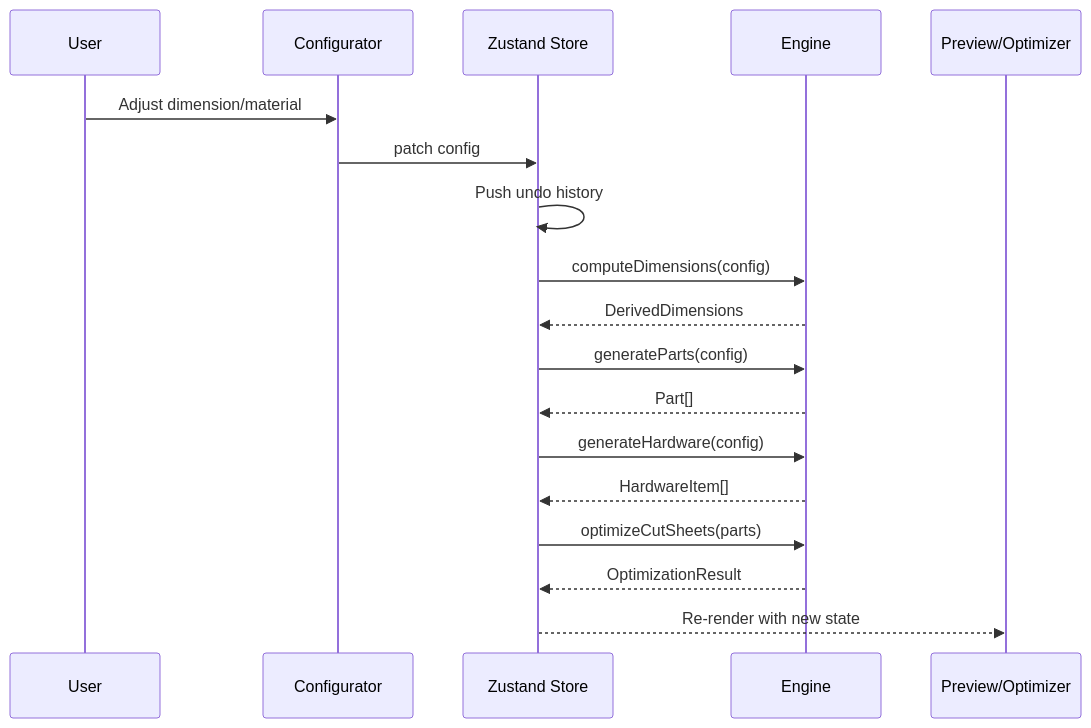
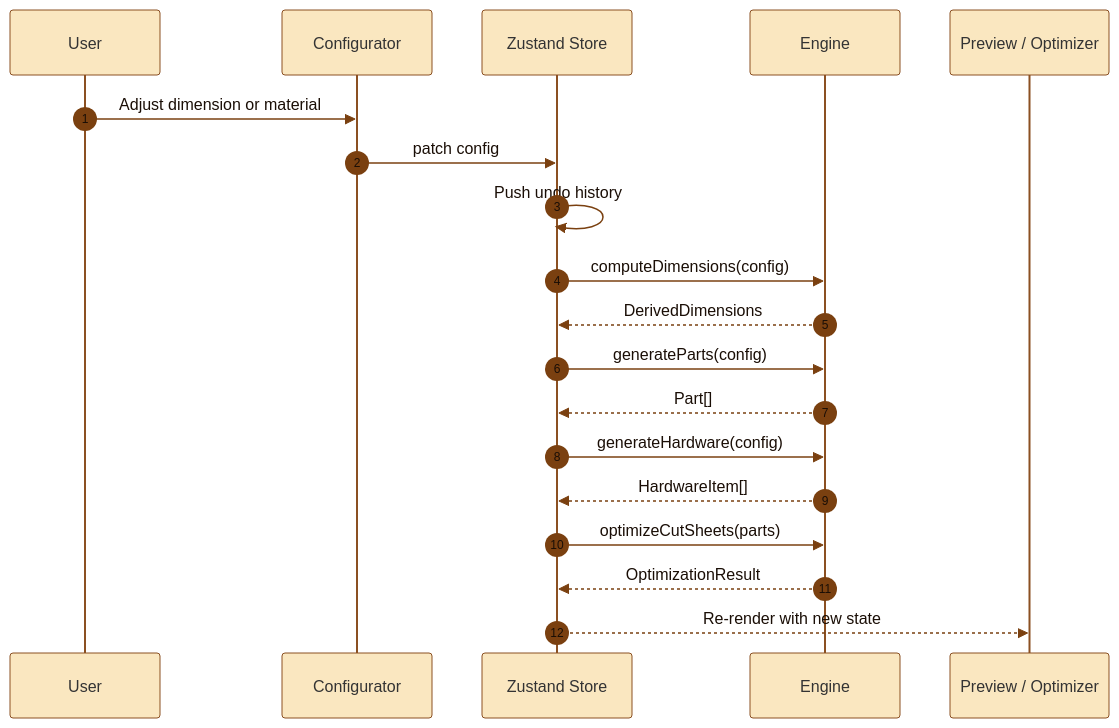
One commit to RajwanYair/WoodworkingShop changed the third of 5 diagrams in docs/ARCHITECTURE.md. Above: the diagram before and after it, drawn with Mermaid. The commit also changed other lines of this file and 5 other files, not shown here.

Commit message:
chore(sprint-173): CHANGELOG v3.8.0, version bump, enhanced Mermaid diagrams, banner v3.8.0

````diff
--- a/docs/ARCHITECTURE.md
+++ b/docs/ARCHITECTURE.md
@@ -164,21 +205,23 @@
 ```mermaid
+%%{init: {'theme': 'base', 'themeVariables': {'primaryColor': '#f0b040', 'primaryBorderColor': '#8b5022', 'actorBkg': '#fae7c0', 'actorBorder': '#8b5022', 'activationBkgColor': '#f0b040', 'activationBorderColor': '#8b5022', 'sequenceNumberColor': '#1a0e06', 'signalColor': '#7a4010', 'signalTextColor': '#1a0e06'}}}%%
 sequenceDiagram
+  autonumber
   participant U as User
   participant C as Configurator
   participant S as Zustand Store
   participant E as Engine
-  participant V as Preview/Optimizer
+  participant V as Preview / Optimizer
 
-  U->>C: Adjust dimension/material
+  U->>C: Adjust dimension or material
   C->>S: patch config
   S->>S: Push undo history
   S->>E: computeDimensions(config)
   E-->>S: DerivedDimensions
   S->>E: generateParts(config)
   E-->>S: Part[]
   S->>E: generateHardware(config)
   E-->>S: HardwareItem[]
   S->>E: optimizeCutSheets(parts)
   E-->>S: OptimizationResult
   S-->>V: Re-render with new state
 ```
````
